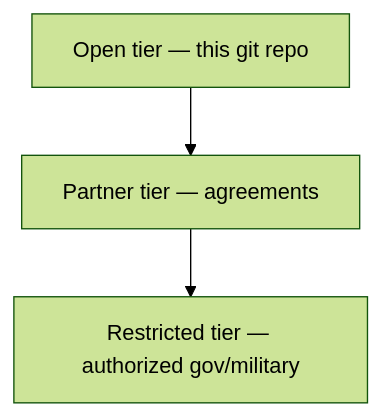
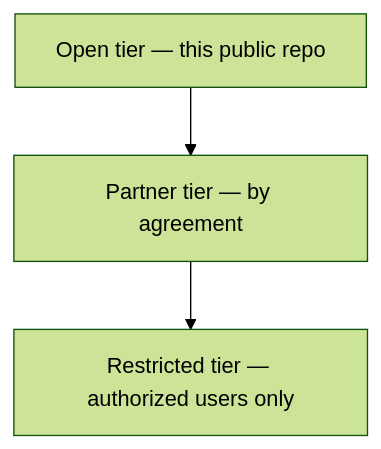
Before and after one commit to Midwest-Stratospheric/aerostratospheric-defense-gir: the first of 2 diagrams in README.md, drawn with Mermaid (forest theme). The commit also changed other lines of this file, not shown here.

````diff
--- a/README.md
+++ b/README.md
@@ -87,8 +42,7 @@
 ```mermaid
 flowchart TB
-  O[Open tier — this git repo]
-  P[Partner tier — agreements]
-  R[Restricted tier — authorized gov/military]
-
+  O[Open tier — this public repo]
+  P[Partner tier — by agreement]
+  R[Restricted tier — authorized users only]
   O --> P --> R
 ```
````
